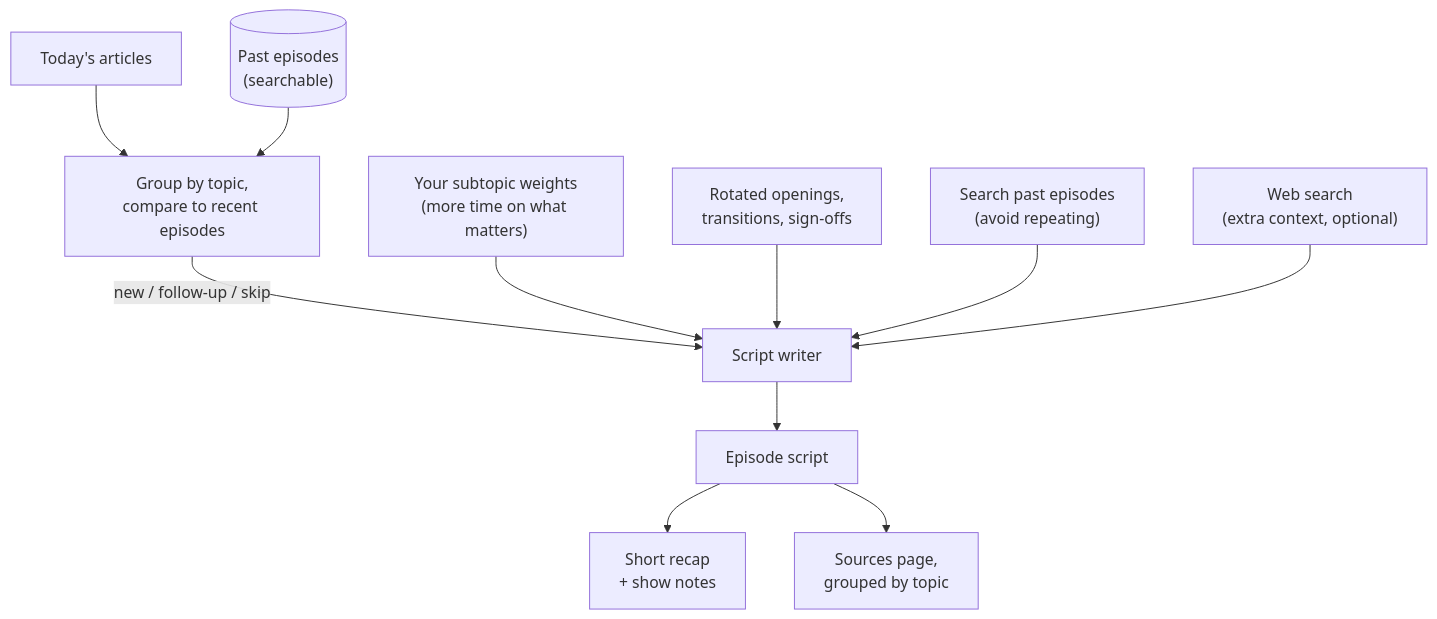
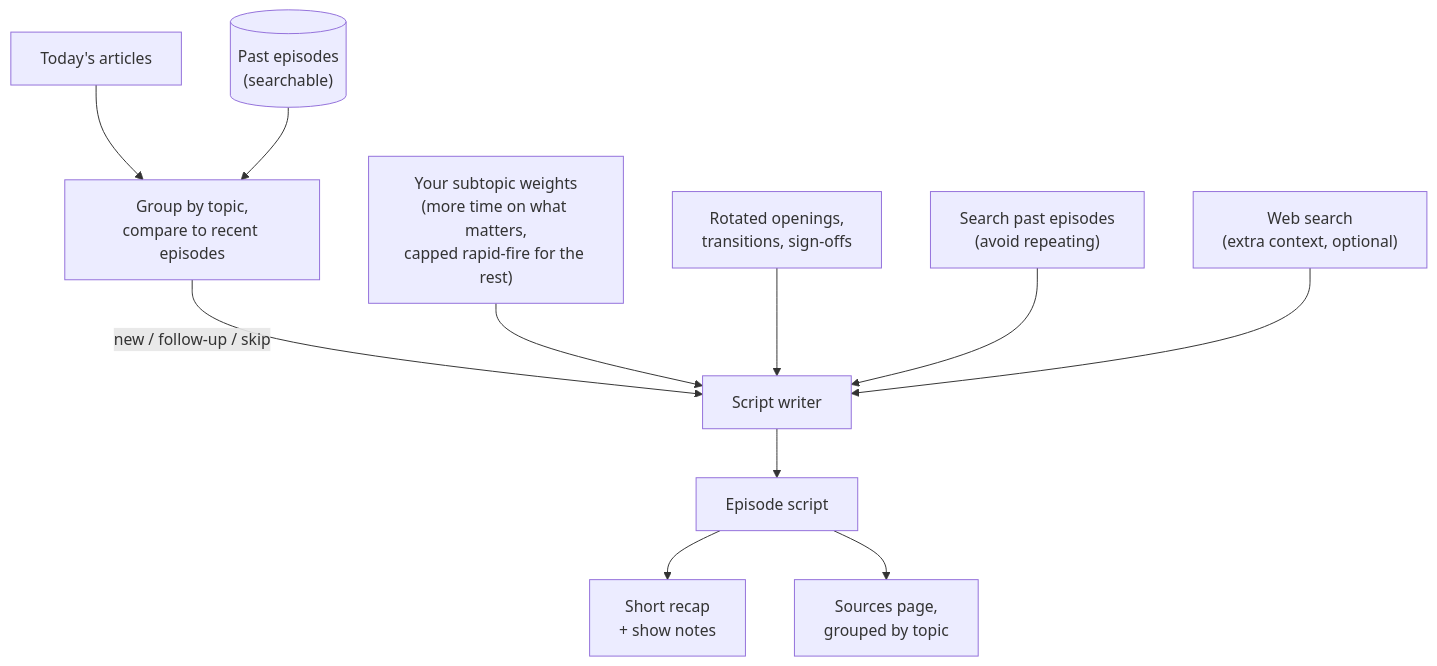
The fourth of 7 diagrams in README.md (sourcelabs-nl/ai-podcast-studio), drawn with Mermaid before and after one commit. The commit also changed 8 other files, not shown here.

First line of the commit message:
docs(openspec): archive cap-rapid-fire-items and sync specs

````diff
--- a/README.md
+++ b/README.md
@@ -67,13 +67,13 @@
 ```mermaid
 flowchart TD
     READY["Today's articles"] --> DEDUP["Group by topic,<br/>compare to recent episodes"]
     HIST[("Past episodes<br/>(searchable)")] --> DEDUP
     DEDUP -->|"new / follow-up / skip"| COMP["Script writer"]
-    SUBT["Your subtopic weights<br/>(more time on what matters)"] --> COMP
+    SUBT["Your subtopic weights<br/>(more time on what matters,<br/>capped rapid-fire for the rest)"] --> COMP
     ROT["Rotated openings,<br/>transitions, sign-offs"] --> COMP
     T1["Search past episodes<br/>(avoid repeating)"] --> COMP
     T2["Web search<br/>(extra context, optional)"] --> COMP
     COMP --> SCRIPT["Episode script"]
     SCRIPT --> RECAP["Short recap<br/>+ show notes"]
     SCRIPT --> SRC["Sources page,<br/>grouped by topic"]
 ```
````
